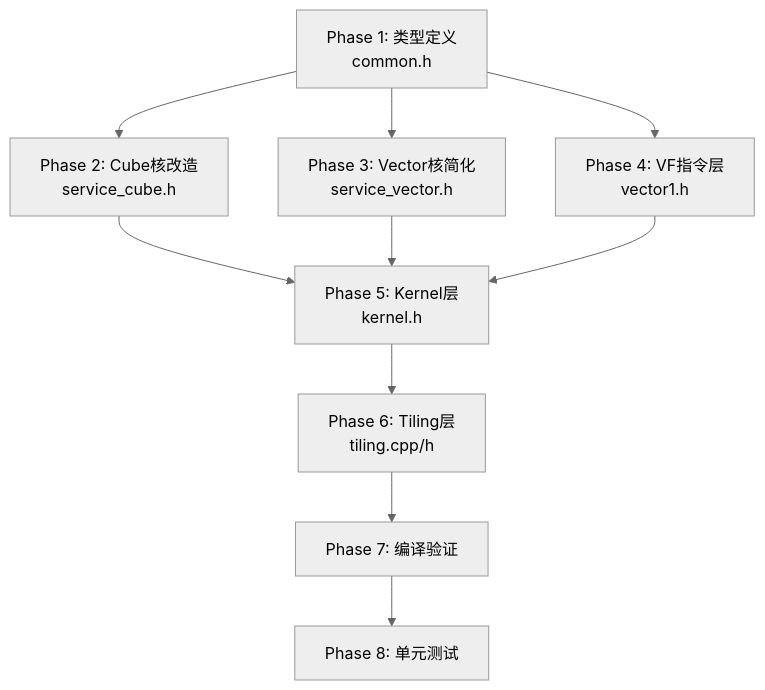
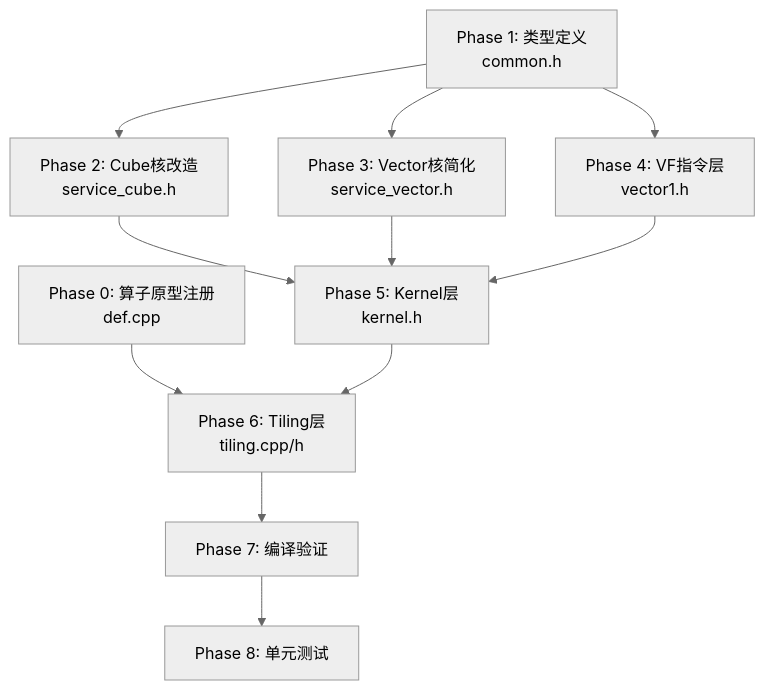
Before and after one commit to ChunnX/ops-transformer: the diagram in attention/quant_lightning_indexer/docs/mxfp8_modification_plan.md, drawn with Mermaid (neutral theme). The commit also changed other lines of this file and 1 other file, not shown here.

````diff
--- a/attention/quant_lightning_indexer/docs/mxfp8_modification_plan.md
+++ b/attention/quant_lightning_indexer/docs/mxfp8_modification_plan.md
@@ -430,12 +463,13 @@
 ```mermaid
 flowchart TD
+    P0["Phase 0: 算子原型注册<br/>def.cpp"] --> P6
     P1["Phase 1: 类型定义<br/>common.h"] --> P2["Phase 2: Cube核改造<br/>service_cube.h"]
     P1 --> P3["Phase 3: Vector核简化<br/>service_vector.h"]
     P1 --> P4["Phase 4: VF指令层<br/>vector1.h"]
     P2 --> P5["Phase 5: Kernel层<br/>kernel.h"]
     P3 --> P5
     P4 --> P5
     P5 --> P6["Phase 6: Tiling层<br/>tiling.cpp/h"]
     P6 --> P7["Phase 7: 编译验证"]
     P7 --> P8["Phase 8: 单元测试"]
 ```
````
